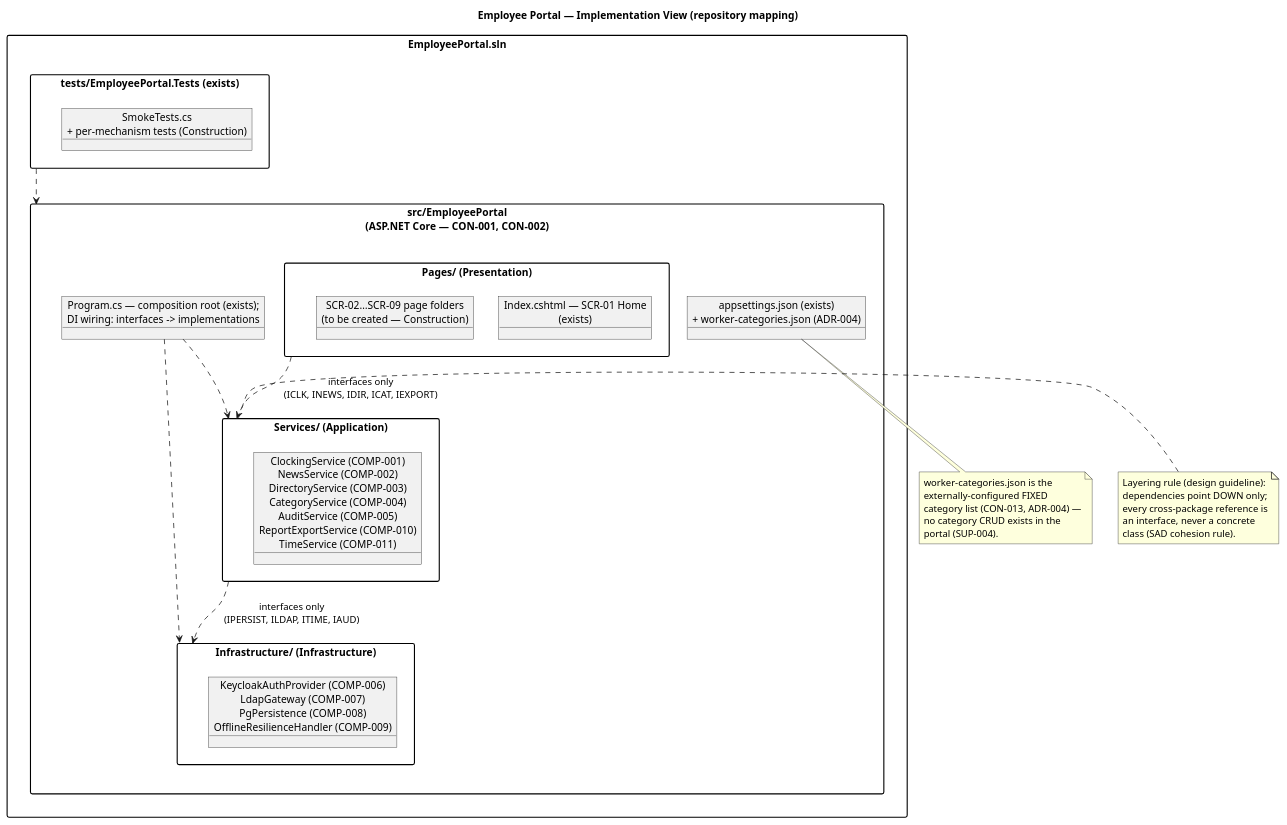
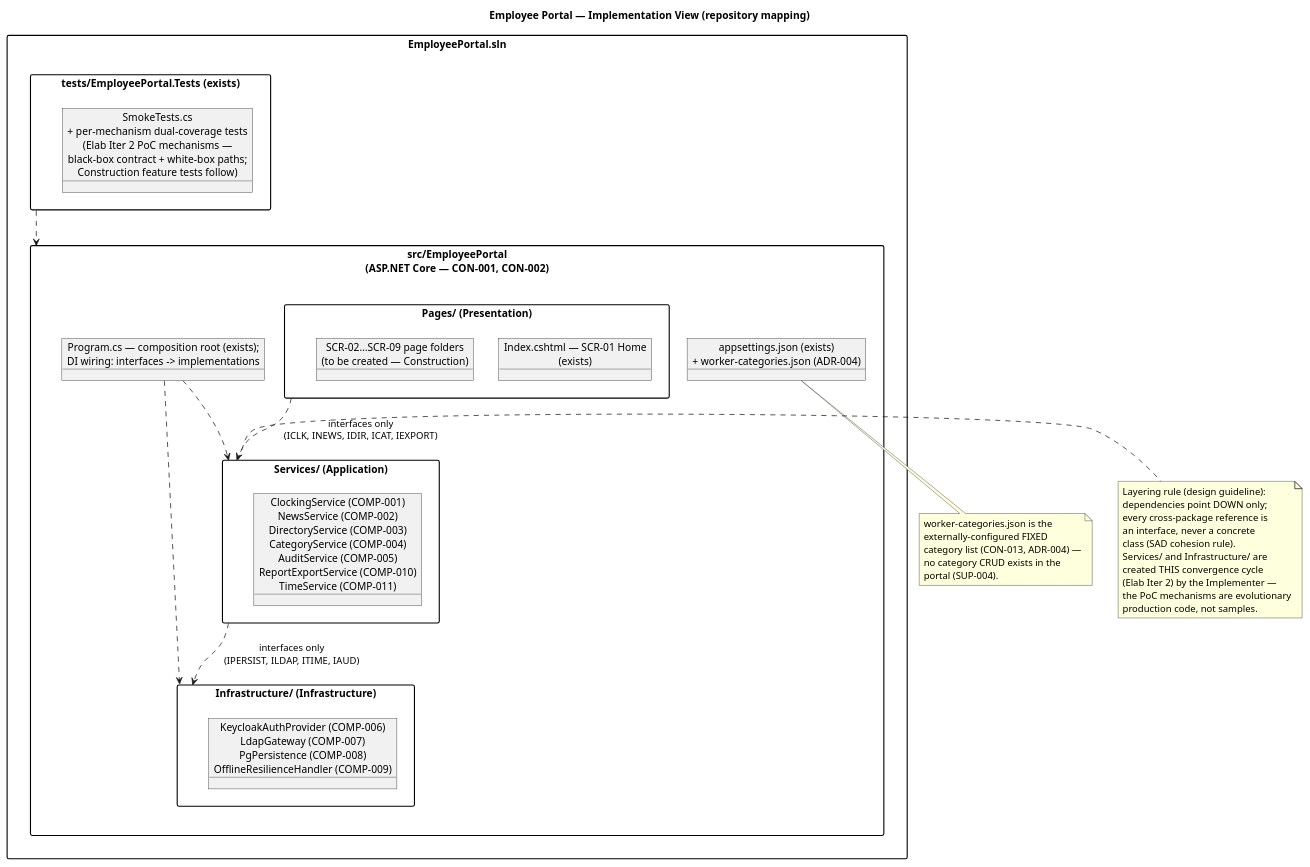
The seventh of 7 diagrams in docs/artifacts/analysis---design/software-architecture-document.md (banense-test/employee-portal), drawn with PlantUML before and after one commit. The commit also changed other lines of this file, not shown here.

Commit message:
Software Architect [E2]: upsert Software Architecture Document
[skip ci]

````diff
--- a/docs/artifacts/analysis---design/software-architecture-document.md
+++ b/docs/artifacts/analysis---design/software-architecture-document.md
@@ -512,49 +512,54 @@
 ```plantuml
 @startuml
 skinparam packageStyle rectangle
 skinparam fontSize 11
 title Employee Portal — Implementation View (repository mapping)
 
 package "EmployeePortal.sln" as SLN {
   package "src/EmployeePortal\n(ASP.NET Core — CON-001, CON-002)" as APP {
     package "Pages/ (Presentation)" as PAGES {
       object "Index.cshtml — SCR-01 Home\n(exists)" as IDX
       object "SCR-02…SCR-09 page folders\n(to be created — Construction)" as PGS
     }
     package "Services/ (Application)" as SVCS {
       object "ClockingService (COMP-001)\nNewsService (COMP-002)\nDirectoryService (COMP-003)\nCategoryService (COMP-004)\nAuditService (COMP-005)\nReportExportService (COMP-010)\nTimeService (COMP-011)" as SVCOBJ
     }
     package "Infrastructure/ (Infrastructure)" as INFRA {
       object "KeycloakAuthProvider (COMP-006)\nLdapGateway (COMP-007)\nPgPersistence (COMP-008)\nOfflineResilienceHandler (COMP-009)" as INFRAOBJ
     }
     object "Program.cs — composition root (exists);\nDI wiring: interfaces -> implementations" as PROG
     object "appsettings.json (exists)\n+ worker-categories.json (ADR-004)" as CFG
   }
   package "tests/EmployeePortal.Tests (exists)" as TESTS {
-    object "SmokeTests.cs\n+ per-mechanism tests (Construction)" as TST
+    object "SmokeTests.cs\n+ per-mechanism dual-coverage tests\n(Elab Iter 2 PoC mechanisms —\nblack-box contract + white-box paths;\nConstruction feature tests follow)" as TST
   }
 }
 
 PAGES ..> SVCS : interfaces only\n(ICLK, INEWS, IDIR, ICAT, IEXPORT)
 SVCS ..> INFRA : interfaces only\n(IPERSIST, ILDAP, ITIME, IAUD)
 PROG ..> SVCS
 PROG ..> INFRA
 TESTS ..> APP
 
 note right of SVCS
   Layering rule (design guideline):
   dependencies point DOWN only;
   every cross-package reference is
   an interface, never a concrete
   class (SAD cohesion rule).
+  Services/ and Infrastructure/ are
+  created THIS convergence cycle
+  (Elab Iter 2) by the Implementer —
+  the PoC mechanisms are evolutionary
+  production code, not samples.
 end note
 
 note bottom of CFG
   worker-categories.json is the
   externally-configured FIXED
   category list (CON-013, ADR-004) —
   no category CRUD exists in the
   portal (SUP-004).
 end note
 @enduml
 ```
````
